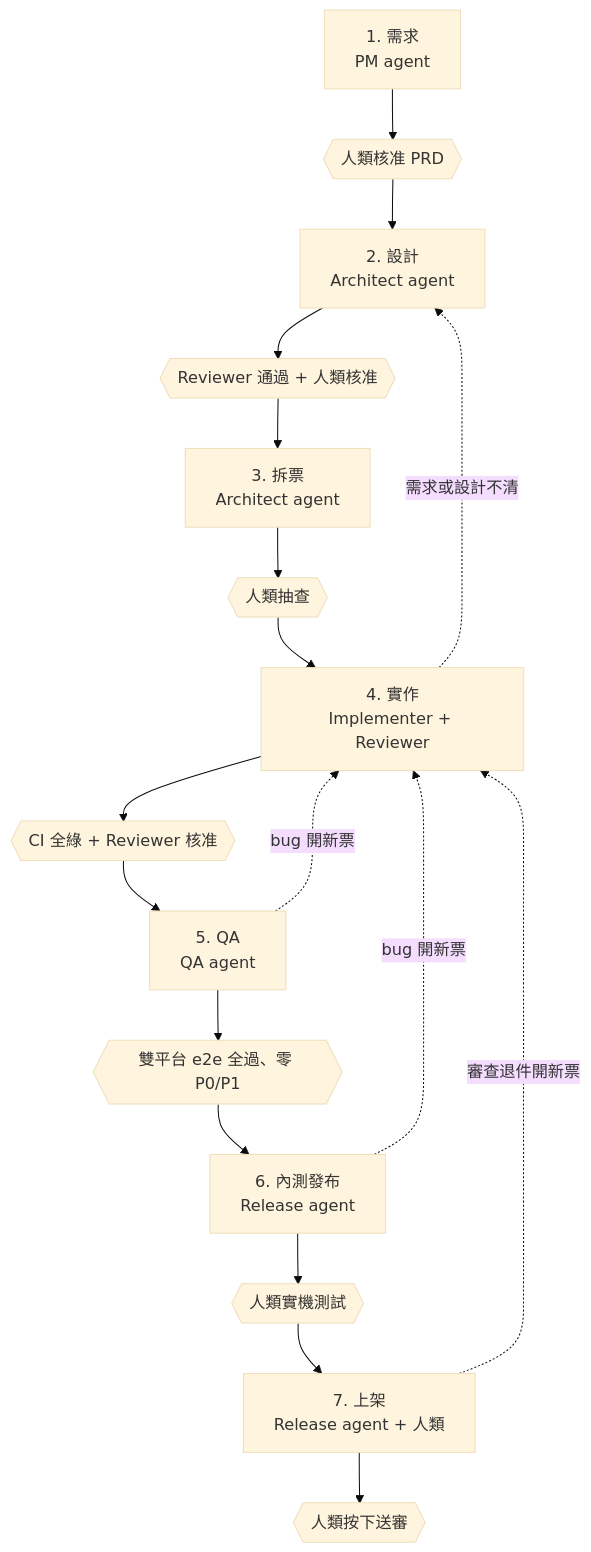
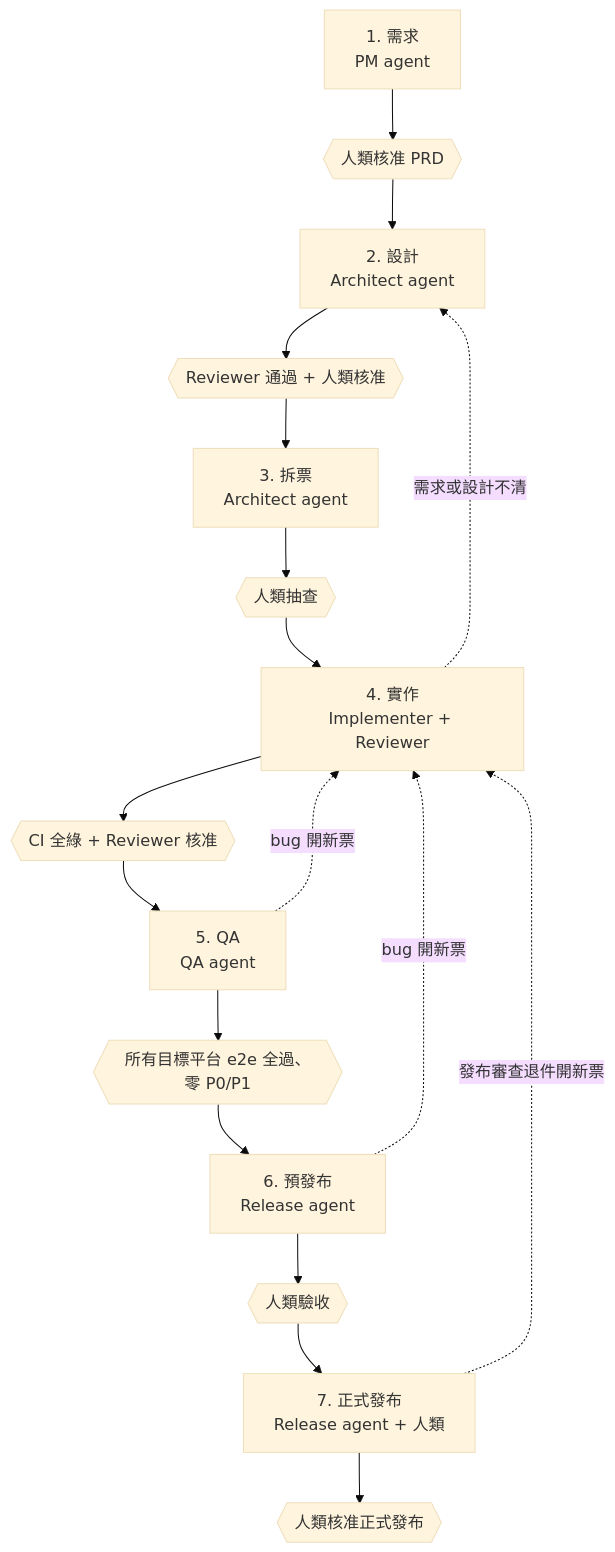
The first of 2 diagrams in docs/process.md (yimingc-1010/mobile-agent-template), drawn with Mermaid (base theme) before and after one commit. The commit also changed other lines of this file and 24 other files, not shown here.

````diff
--- a/docs/process.md
+++ b/docs/process.md
@@ -28,20 +29,20 @@
 ```mermaid
 flowchart TD
     P1[1. 需求<br/>PM agent] --> G1{{人類核准 PRD}}
     G1 --> P2[2. 設計<br/>Architect agent]
     P2 --> G2{{Reviewer 通過 + 人類核准}}
     G2 --> P3[3. 拆票<br/>Architect agent]
     P3 --> G3{{人類抽查}}
     G3 --> P4[4. 實作<br/>Implementer + Reviewer]
     P4 --> G4{{CI 全綠 + Reviewer 核准}}
     G4 --> P5[5. QA<br/>QA agent]
-    P5 --> G5{{雙平台 e2e 全過、零 P0/P1}}
-    G5 --> P6[6. 內測發布<br/>Release agent]
-    P6 --> G6{{人類實機測試}}
-    G6 --> P7[7. 上架<br/>Release agent + 人類]
-    P7 --> G7{{人類按下送審}}
+    P5 --> G5{{所有目標平台 e2e 全過、零 P0/P1}}
+    G5 --> P6[6. 預發布<br/>Release agent]
+    P6 --> G6{{人類驗收}}
+    G6 --> P7[7. 正式發布<br/>Release agent + 人類]
+    P7 --> G7{{人類核准正式發布}}
     P4 -. 需求或設計不清 .-> P2
     P5 -. bug 開新票 .-> P4
     P6 -. bug 開新票 .-> P4
-    P7 -. 審查退件開新票 .-> P4
+    P7 -. 發布審查退件開新票 .-> P4
 ```
````
